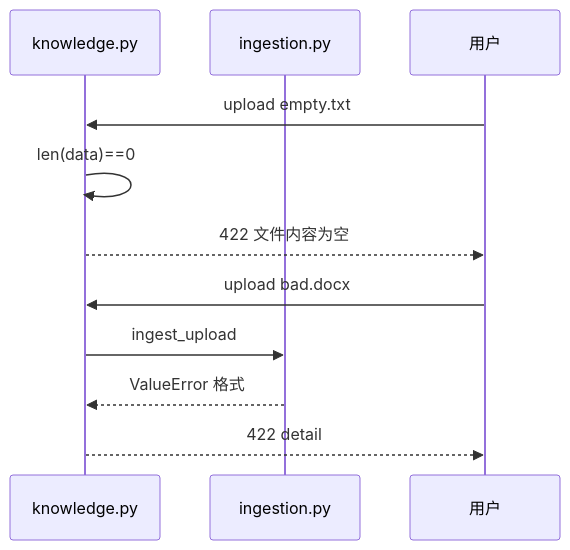
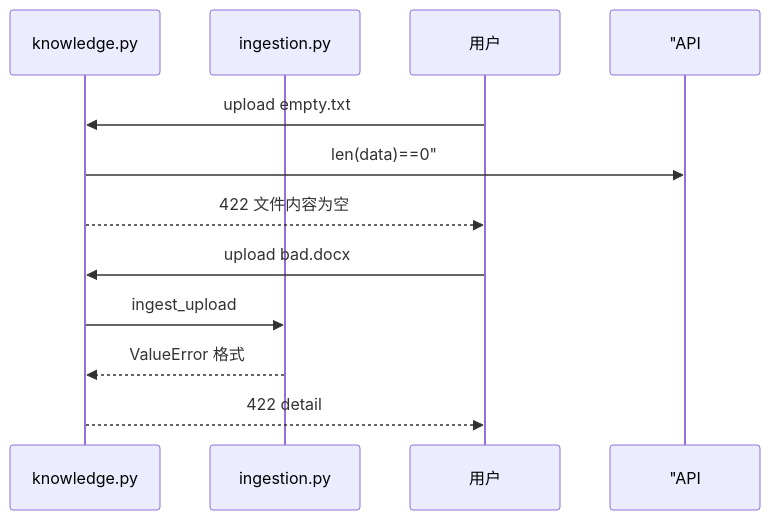
One commit to ab6539763/70_days_course_plus changed the third of 3 diagrams in course/day25/04_流程图与示意图.md. Above: the diagram before and after it, drawn with Mermaid. The commit also changed other lines of this file and 128 other files, not shown here.

First line of the commit message:
fix(course): repair day31-37 diagrams, titles, and missing content

````diff
--- a/course/day25/04_流程图与示意图.md
+++ b/course/day25/04_流程图与示意图.md
@@ -59,15 +59,15 @@
 ```mermaid
 sequenceDiagram
     participant API as knowledge.py
     participant ING as ingestion.py
     participant U as 用户
 
     U->>API: upload empty.txt
-    API->>API: len(data)==0
+    API->> "API: len(data)==0"
     API-->>U: 422 文件内容为空
 
     U->>API: upload bad.docx
     API->>ING: ingest_upload
     ING-->>API: ValueError 格式
     API-->>U: 422 detail
 ```
````
